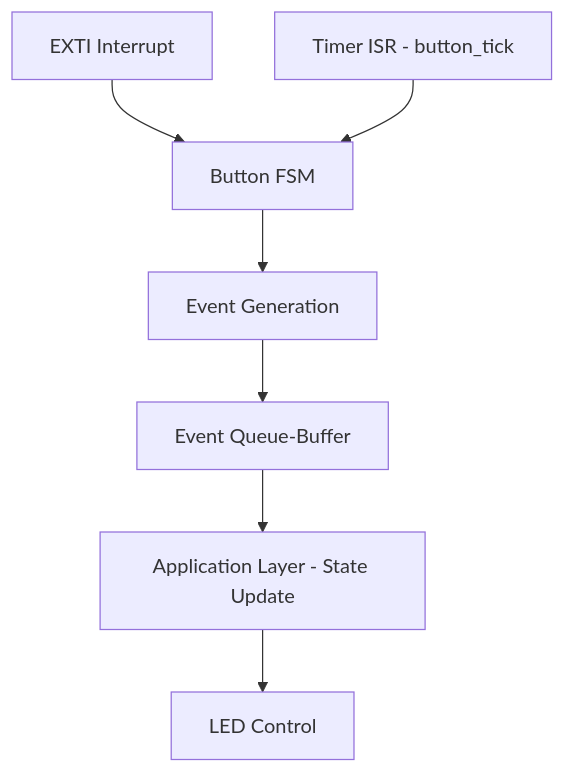
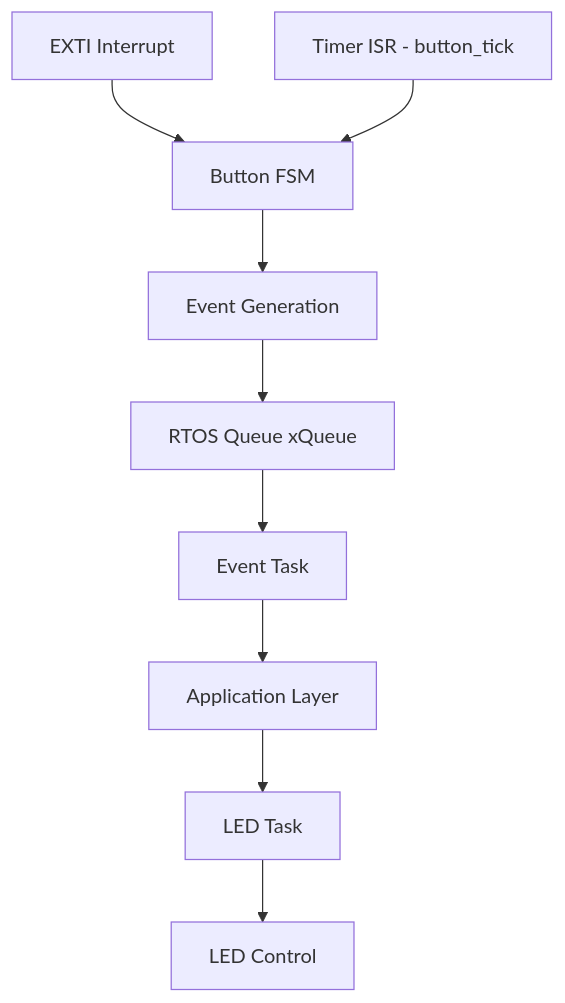
Before and after one commit to vivekshenoy94-ai/stm32-event-system: the second of 2 diagrams in README.md, drawn with Mermaid. The commit also changed other lines of this file, not shown here.

First line of the commit message:
Revise README for RTOS-based event system integration

````diff
--- a/README.md
+++ b/README.md
@@ -338,9 +382,11 @@
 ```mermaid
 flowchart TD
     EXTI[EXTI Interrupt] --> FSM[Button FSM]
-    TIMER[Timer ISR - button_tick ] --> FSM
+    TIMER[Timer ISR - button_tick] --> FSM
     FSM --> EVENT[Event Generation]
-    EVENT --> QUEUE[Event Queue-Buffer]
-    QUEUE --> APP[Application Layer - State Update]
-    APP --> OUTPUT[LED Control]
+    EVENT --> QUEUE[RTOS Queue xQueue]
+    QUEUE --> EVENT_TASK[Event Task]
+    EVENT_TASK --> APP[Application Layer]
+    APP --> LED_TASK[LED Task]
+    LED_TASK --> OUTPUT[LED Control]
 ```
````
